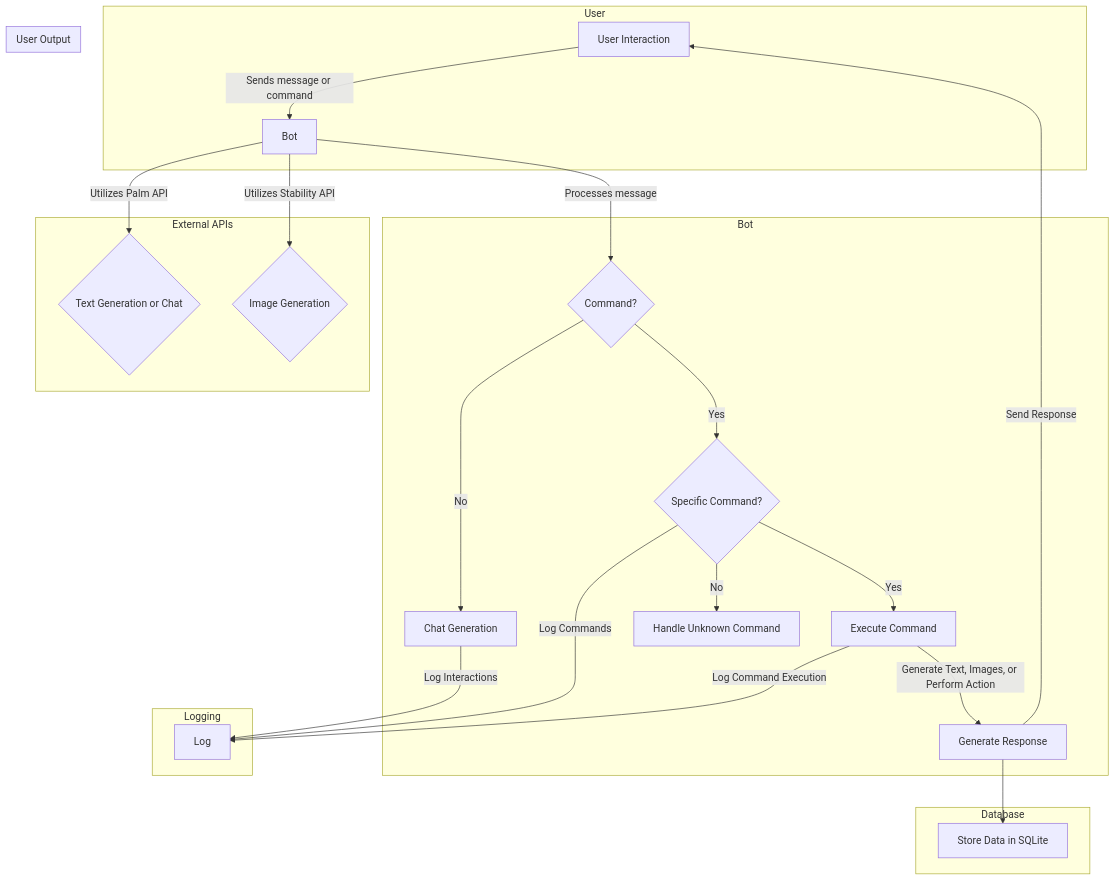
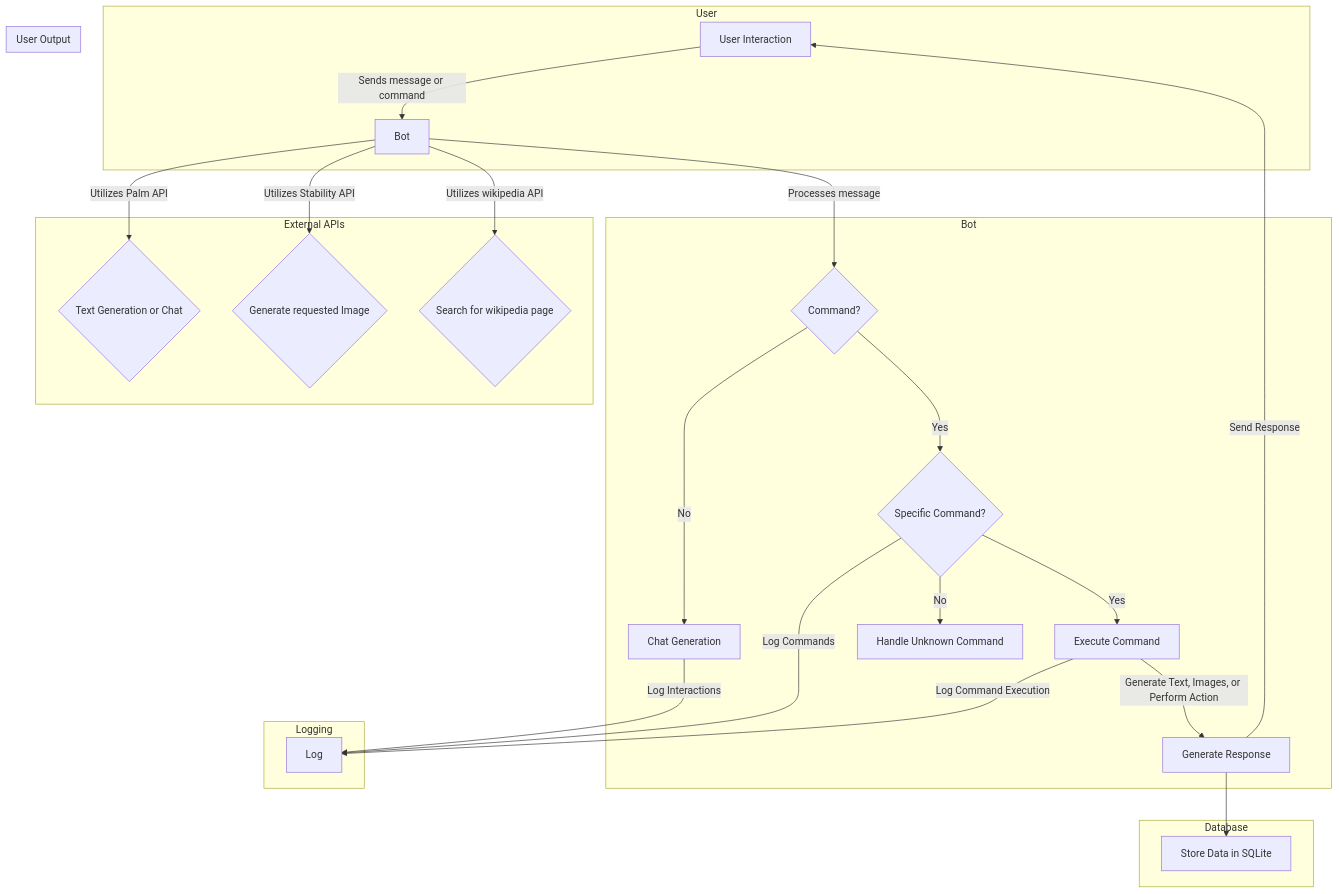
Before and after one commit to 1999AZZAR/sakuraAI-bloom: the diagram in README.md, drawn with Mermaid. The commit also changed other lines of this file, not shown here.

````diff
--- a/README.md
+++ b/README.md
@@ -61,35 +68,36 @@
 ```mermaid
 graph TD
 
 subgraph User
   A[User Interaction] -->|Sends message or command| B[Bot]
 end
 
 subgraph Bot
   B -->|Processes message| C{Command?}
   C -- No --> D[Chat Generation]
   C -- Yes --> E{Specific Command?}
   E -- Yes --> F[Execute Command]
   E -- No --> G[Handle Unknown Command]
   F -->|Generate Text, Images, or Perform Action| H[Generate Response]
 end
 
 subgraph Database
   H --> I[Store Data in SQLite]
 end
 
 subgraph External APIs
   B -->|Utilizes Palm API| J{Text Generation or Chat}
-  B -->|Utilizes Stability API| K{Image Generation}
+  B -->|Utilizes Stability API| K{Generate requested Image}
+  B -->|Utilizes wikipedia API| M{Search for wikipedia page}
 end
 
 subgraph Logging
   D -->|Log Interactions| L[Log]
   E -->|Log Commands| L
   F -->|Log Command Execution| L
 end
 
 subgraph User Output
   H -->|Send Response| A
 end
 ```
````
